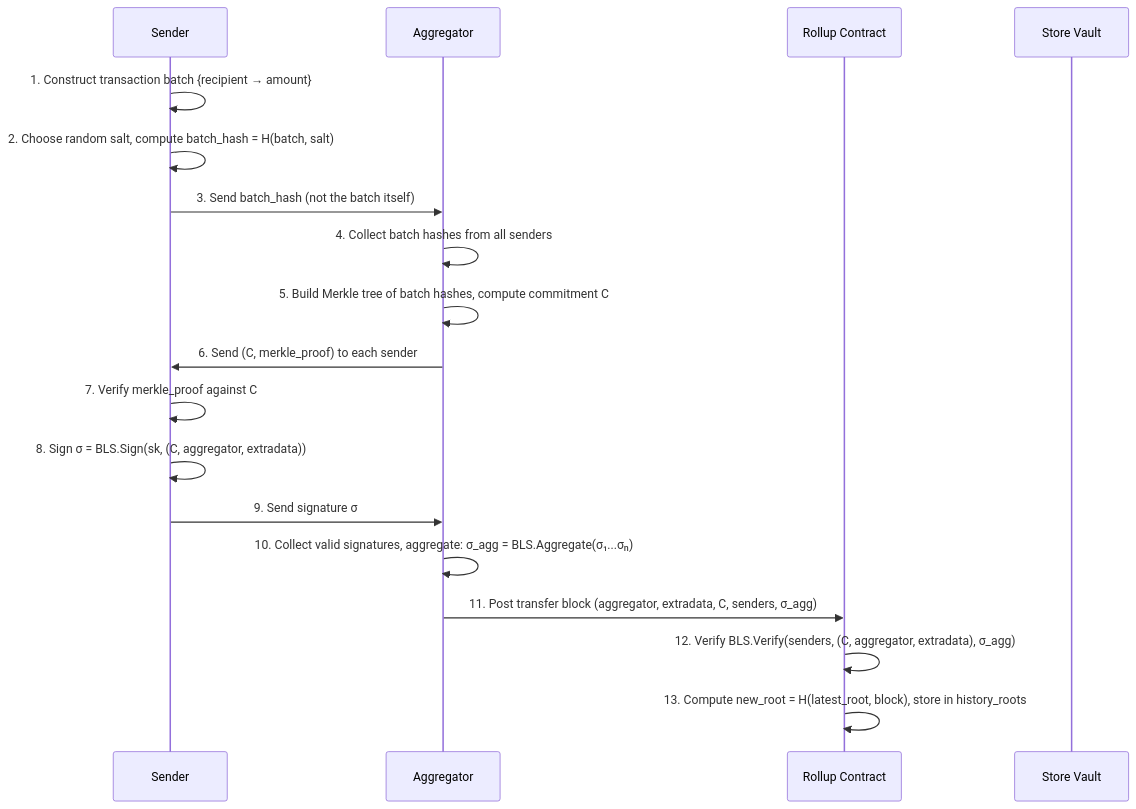
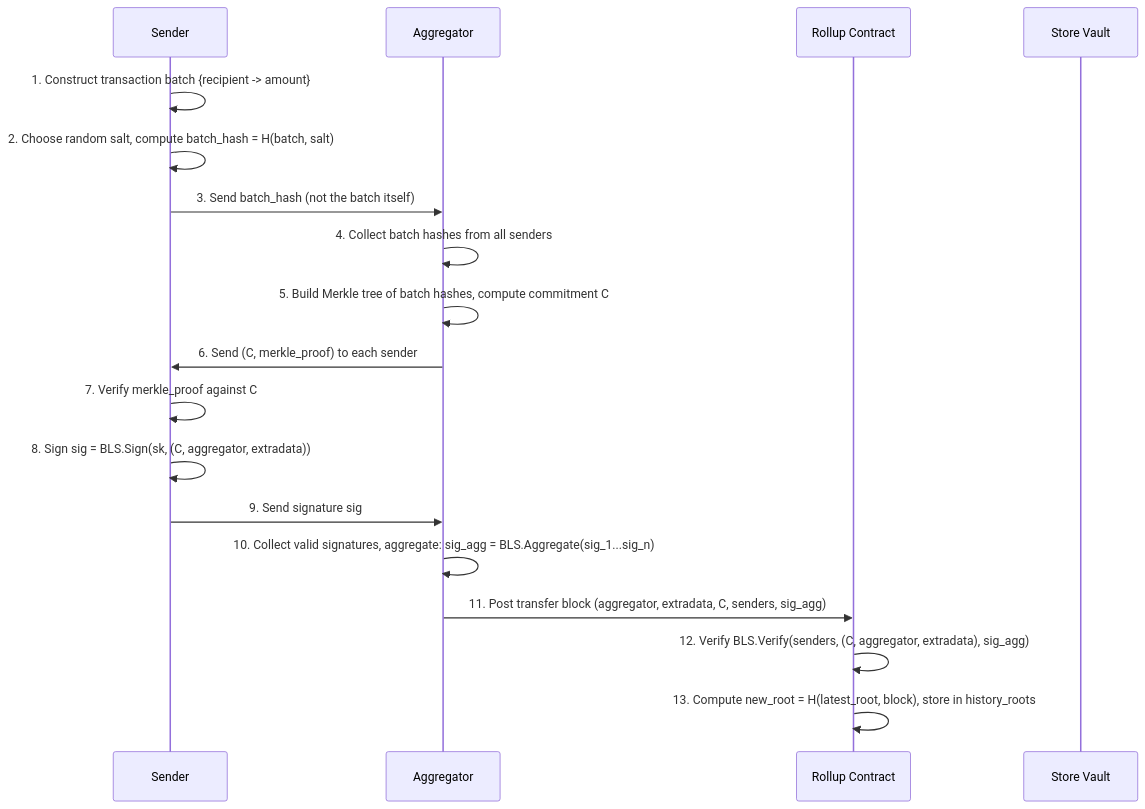
The fourth of 6 diagrams in pocs/private-payment/plasma/SPEC.md (ethereum/iptf-pocs), drawn with Mermaid before and after one commit. The commit also changed other lines of this file, not shown here.

````diff
--- a/pocs/private-payment/plasma/SPEC.md
+++ b/pocs/private-payment/plasma/SPEC.md
@@ -402,21 +357,21 @@
 ```mermaid
 sequenceDiagram
     participant S as Sender
     participant A as Aggregator
     participant R as Rollup Contract
     participant SV as Store Vault
 
-    S->>S: 1. Construct transaction batch {recipient → amount}
+    S->>S: 1. Construct transaction batch {recipient -> amount}
     S->>S: 2. Choose random salt, compute batch_hash = H(batch, salt)
     S->>A: 3. Send batch_hash (not the batch itself)
     A->>A: 4. Collect batch hashes from all senders
     A->>A: 5. Build Merkle tree of batch hashes, compute commitment C
     A->>S: 6. Send (C, merkle_proof) to each sender
     S->>S: 7. Verify merkle_proof against C
-    S->>S: 8. Sign σ = BLS.Sign(sk, (C, aggregator, extradata))
-    S->>A: 9. Send signature σ
-    A->>A: 10. Collect valid signatures, aggregate: σ_agg = BLS.Aggregate(σ₁...σₙ)
-    A->>R: 11. Post transfer block (aggregator, extradata, C, senders, σ_agg)
-    R->>R: 12. Verify BLS.Verify(senders, (C, aggregator, extradata), σ_agg)
+    S->>S: 8. Sign sig = BLS.Sign(sk, (C, aggregator, extradata))
+    S->>A: 9. Send signature sig
+    A->>A: 10. Collect valid signatures, aggregate: sig_agg = BLS.Aggregate(sig_1...sig_n)
+    A->>R: 11. Post transfer block (aggregator, extradata, C, senders, sig_agg)
+    R->>R: 12. Verify BLS.Verify(senders, (C, aggregator, extradata), sig_agg)
     R->>R: 13. Compute new_root = H(latest_root, block), store in history_roots
 ```
````
